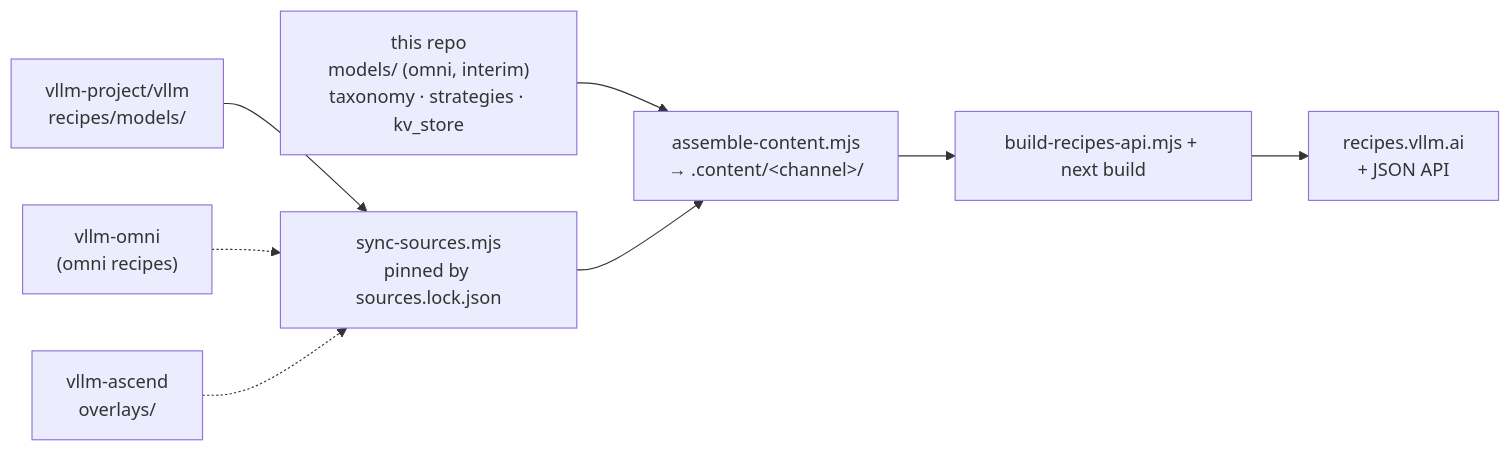
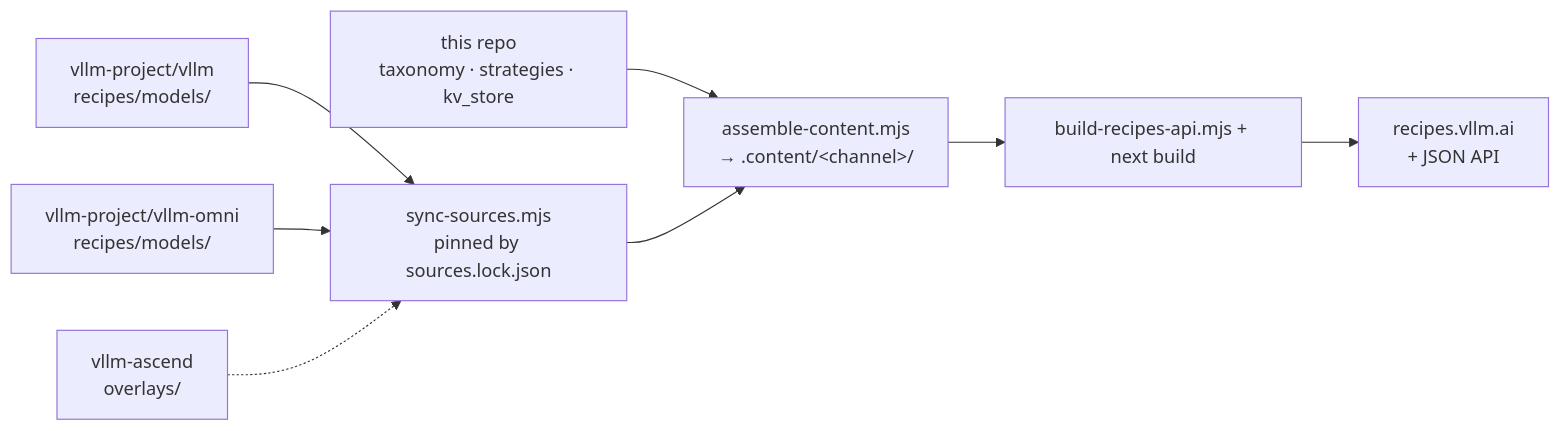
One commit to zqf20096327/ai_collect changed the diagram in data/readmes/vllm-project__recipes.md. Above: the diagram before and after it, drawn with Mermaid. The commit also changed other lines of this file and 2708 other files, not shown here.

````diff
--- a/data/readmes/vllm-project__recipes.md
+++ b/data/readmes/vllm-project__recipes.md
@@ -127,9 +127,9 @@
 ```mermaid
 flowchart LR
   vllm["vllm-project/vllm<br/>recipes/models/"] --> sync
-  omni["vllm-omni<br/>(omni recipes)"] -.-> sync
+  omni["vllm-project/vllm-omni<br/>recipes/models/"] --> sync
   ascend["vllm-ascend<br/>overlays/"] -.-> sync
-  self["this repo<br/>models/ (omni, interim)<br/>taxonomy · strategies · kv_store"] --> assemble
+  self["this repo<br/>taxonomy · strategies · kv_store"] --> assemble
   sync["sync-sources.mjs<br/>pinned by sources.lock.json"] --> assemble["assemble-content.mjs<br/>→ .content/&lt;channel&gt;/"]
   assemble --> build["build-recipes-api.mjs + next build"] --> site["recipes.vllm.ai<br/>+ JSON API"]
 ```
````
